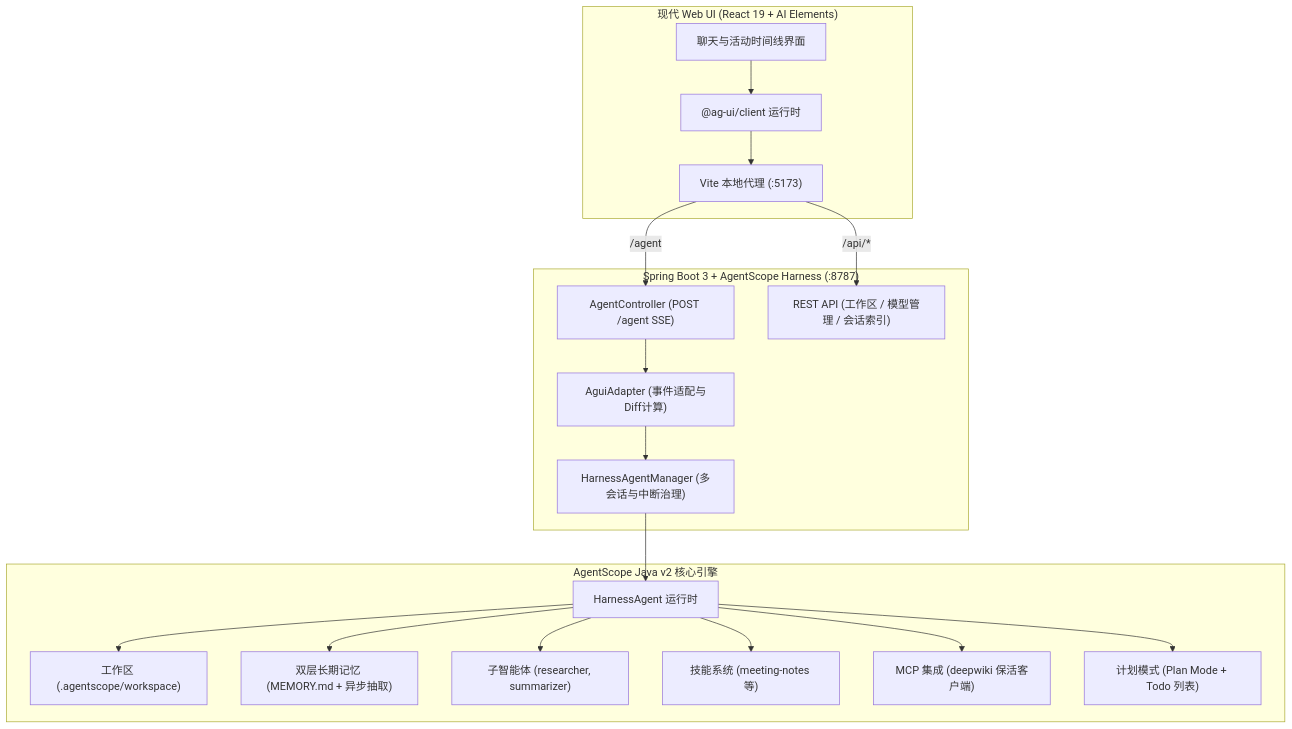
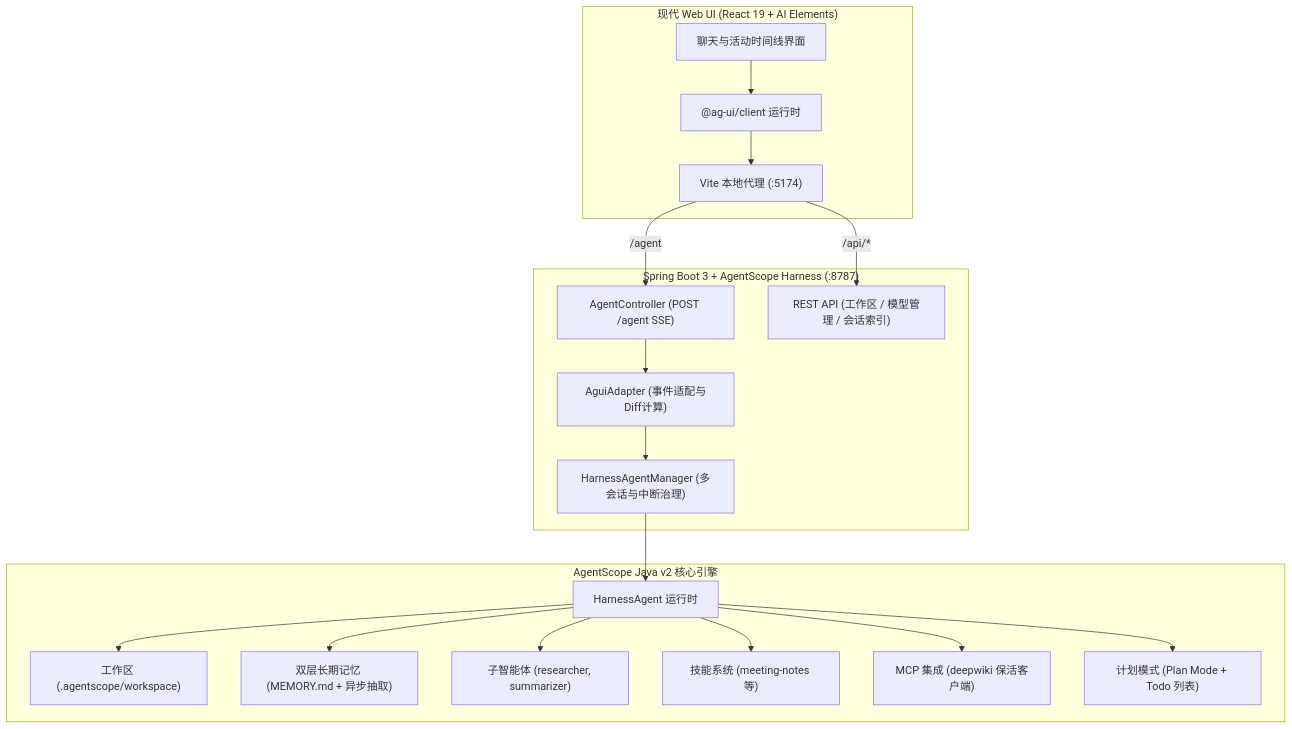
One commit to yukaimingming/agentscope-harness changed the diagram in README.md. Above: the diagram before and after it, drawn with Mermaid. The commit also changed other lines of this file and 9 other files, not shown here.

````diff
--- a/README.md
+++ b/README.md
@@ -11,40 +11,40 @@
 ```mermaid
 flowchart TD
     subgraph 前端 ["现代 Web UI (React 19 + AI Elements)"]
         UI["聊天与活动时间线界面"]
-        ViteProxy["Vite 本地代理 (:5173)"]
+        ViteProxy["Vite 本地代理 (:5174)"]
         AguiClient["@ag-ui/client 运行时"]
         UI --> AguiClient
         AguiClient --> ViteProxy
     end
 
     subgraph 后端 ["Spring Boot 3 + AgentScope Harness (:8787)"]
         AguiController["AgentController (POST /agent SSE)"]
         RestControllers["REST API (工作区 / 模型管理 / 会话索引)"]
         AguiAdapter["AguiAdapter (事件适配与Diff计算)"]
         HarnessMgr["HarnessAgentManager (多会话与中断治理)"]
         
         ViteProxy -->|/agent| AguiController
         ViteProxy -->|/api/*| RestControllers
         AguiController --> AguiAdapter
         AguiAdapter --> HarnessMgr
     end
 
     subgraph 引擎 ["AgentScope Java v2 核心引擎"]
         HarnessAgent["HarnessAgent 运行时"]
         Workspace["工作区 (.agentscope/workspace)"]
         Memory["双层长期记忆 (MEMORY.md + 异步抽取)"]
         Subagent["子智能体 (researcher, summarizer)"]
         Skills["技能系统 (meeting-notes 等)"]
         MCP["MCP 集成 (deepwiki 保活客户端)"]
         Plan["计划模式 (Plan Mode + Todo 列表)"]
         
         HarnessMgr --> HarnessAgent
         HarnessAgent --> Workspace
         HarnessAgent --> Memory
         HarnessAgent --> Subagent
         HarnessAgent --> Skills
         HarnessAgent --> MCP
         HarnessAgent --> Plan
     end
 ```
````
